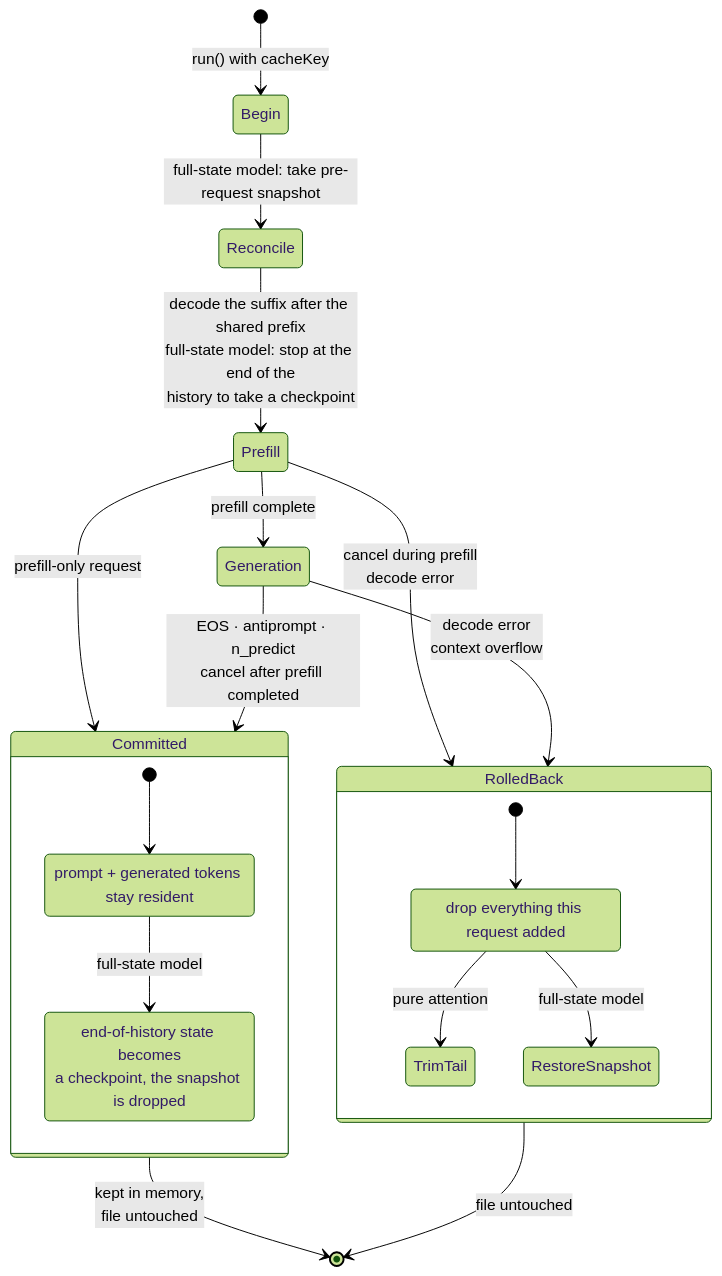
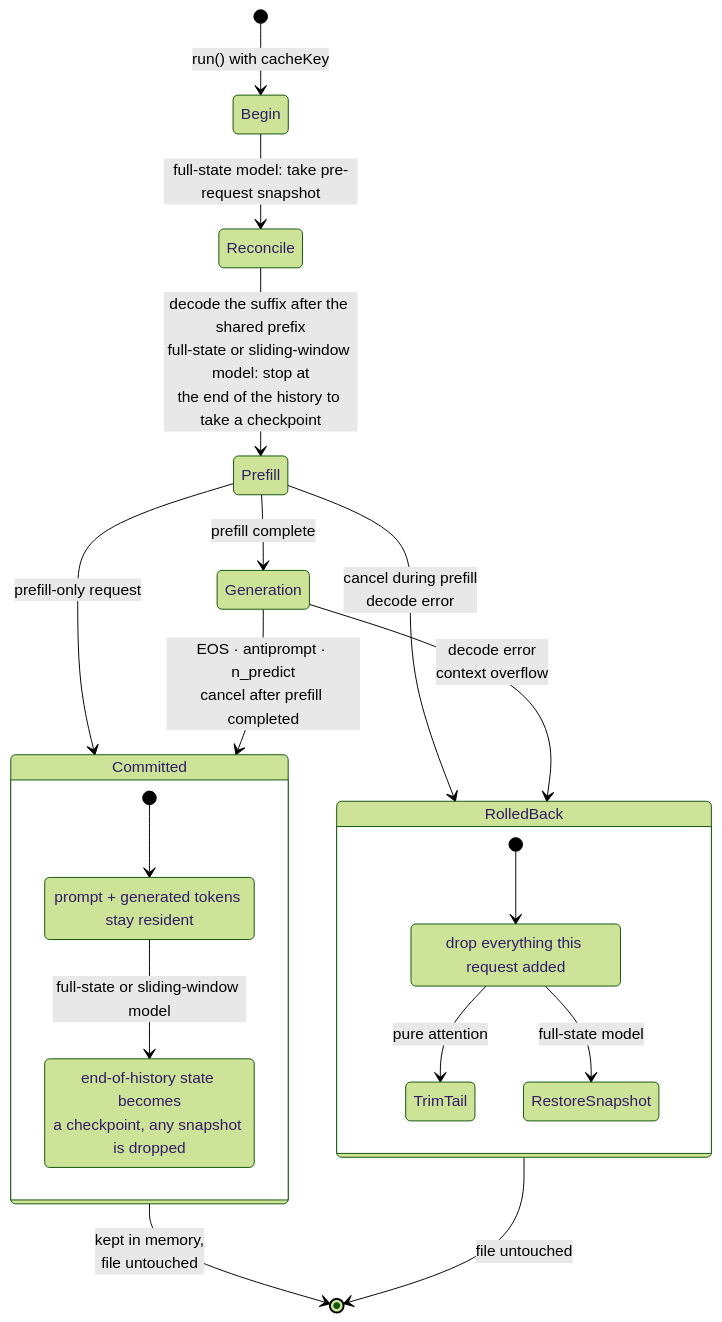
Before and after one commit to tetherto/qvac: the second of 6 diagrams in packages/llm-llamacpp/docs/cache-lifecycle.md, drawn with Mermaid (forest theme). The commit also changed other lines of this file and 6 other files, not shown here.

First line of the commit message:
doc: describe sliding-window checkpoints and the fingerprint's limits

````diff
--- a/packages/llm-llamacpp/docs/cache-lifecycle.md
+++ b/packages/llm-llamacpp/docs/cache-lifecycle.md
@@ -82,26 +84,26 @@
 ```mermaid
 stateDiagram-v2
     [*] --> Begin: run() with cacheKey
     Begin --> Reconcile: full-state model: take pre-request snapshot
-    Reconcile --> Prefill: decode the suffix after the shared prefix<br/>full-state model: stop at the end of the<br/>history to take a checkpoint
+    Reconcile --> Prefill: decode the suffix after the shared prefix<br/>full-state or sliding-window model: stop at<br/>the end of the history to take a checkpoint
     Prefill --> Committed: prefill-only request
     Prefill --> Generation: prefill complete
     Prefill --> RolledBack: cancel during prefill<br/>decode error
     Generation --> Committed: EOS · antiprompt · n_predict<br/>cancel after prefill completed
     Generation --> RolledBack: decode error<br/>context overflow
     Committed --> [*]: kept in memory,<br/>file untouched
     RolledBack --> [*]: file untouched
 
     state Committed {
         [*] --> KeepTokens
         KeepTokens: prompt + generated tokens stay resident
-        KeepTokens --> PushCheckpoint: full-state model
-        PushCheckpoint: end-of-history state becomes<br/>a checkpoint, the snapshot is dropped
+        KeepTokens --> PushCheckpoint: full-state or sliding-window model
+        PushCheckpoint: end-of-history state becomes<br/>a checkpoint, any snapshot is dropped
     }
     state RolledBack {
         [*] --> Drop
         Drop: drop everything this request added
         Drop --> TrimTail: pure attention
         Drop --> RestoreSnapshot: full-state model
     }
 ```
````
